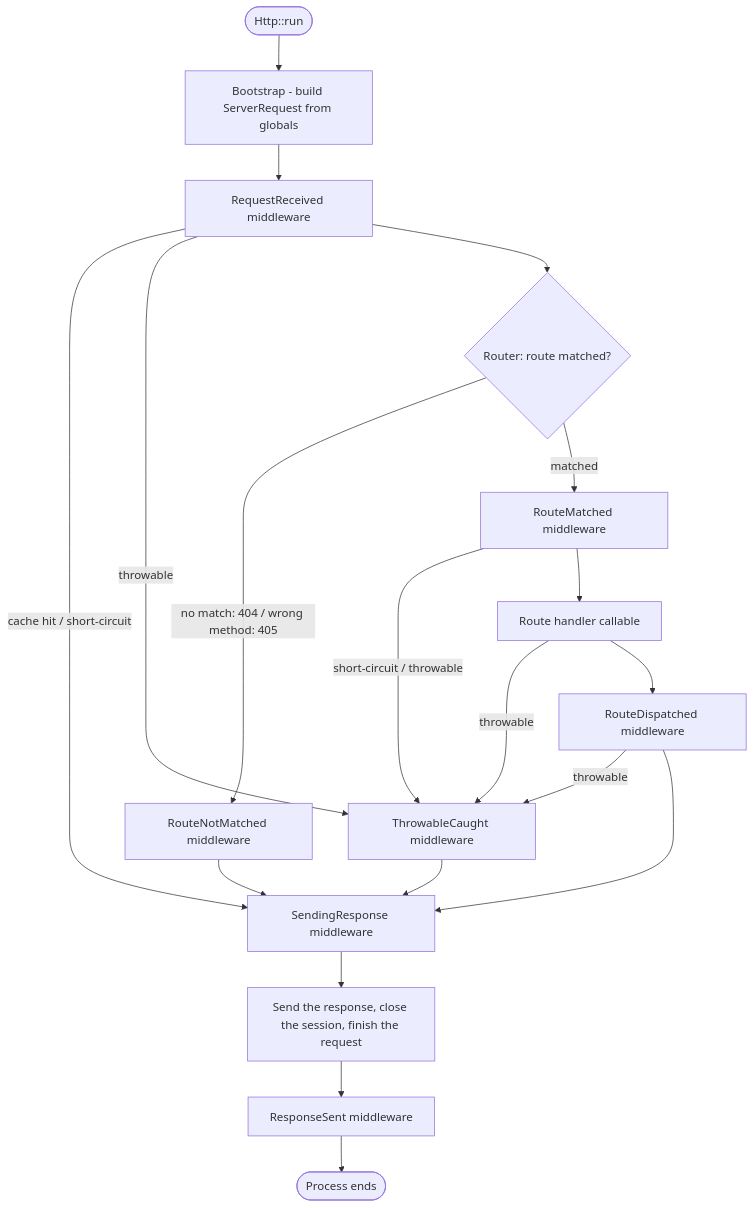
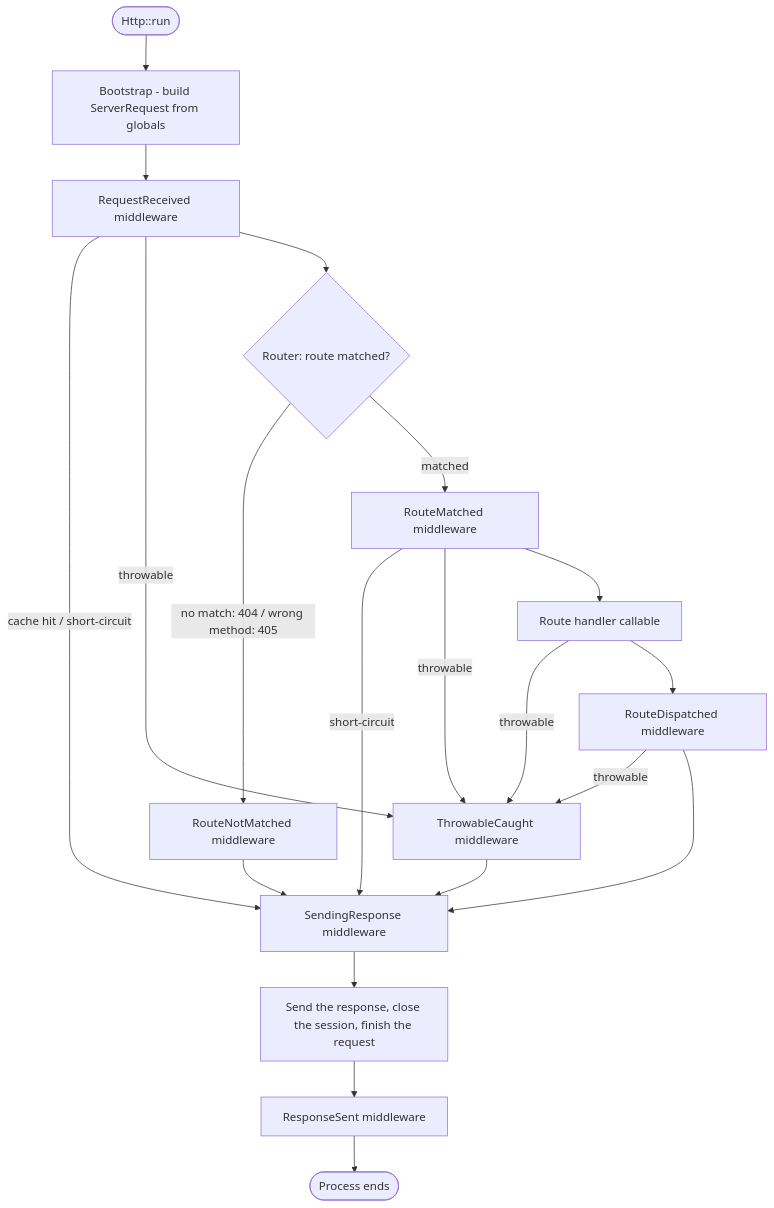
One commit to valkyrjaio/valkyrja changed the diagram in src/Valkyrja/Http/README.md. Above: the diagram before and after it, drawn with Mermaid.

Commit message:
[Http] docs: Route the RouteMatched short-circuit to SendingResponse.

````diff
--- a/src/Valkyrja/Http/README.md
+++ b/src/Valkyrja/Http/README.md
@@ -448,21 +448,22 @@
 ```mermaid
 flowchart TD
     A([Http::run]) --> B[Bootstrap - build ServerRequest from globals]
     B --> C[RequestReceived middleware]
     C -->|"cache hit / short-circuit"| G[SendingResponse middleware]
     C -->|throwable| J[ThrowableCaught middleware]
     C --> D{"Router: route matched?"}
     D -->|"no match: 404 / wrong method: 405"| E[RouteNotMatched middleware]
     D -->|matched| F[RouteMatched middleware]
     E --> G
-    F -->|"short-circuit / throwable"| J
+    F -->|"short-circuit"| G
+    F -->|throwable| J
     F --> H[Route handler callable]
     H -->|throwable| J
     H --> I[RouteDispatched middleware]
     I -->|throwable| J
     I --> G
     J --> G
     G --> K[Send the response, close the session, finish the request]
     K --> L[ResponseSent middleware]
     L --> M([Process ends])
 ```
````
